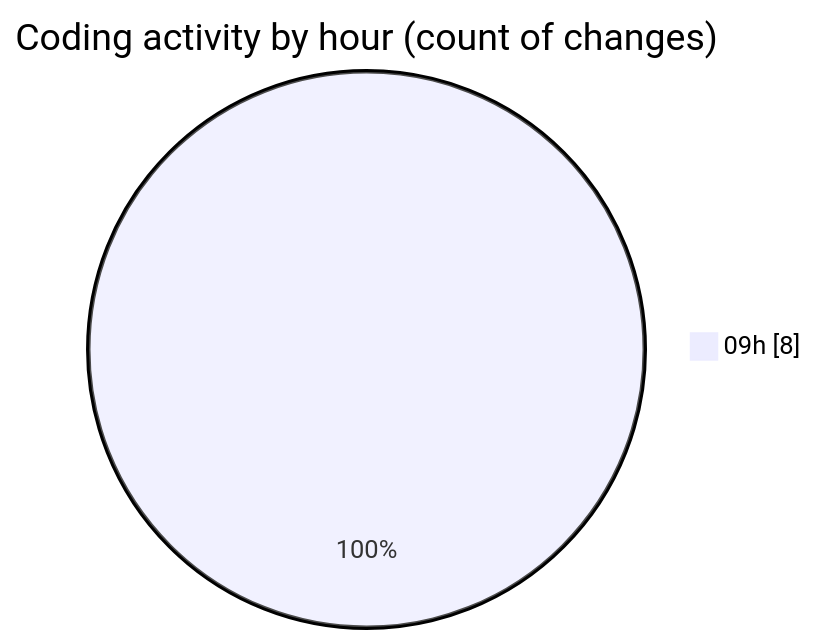
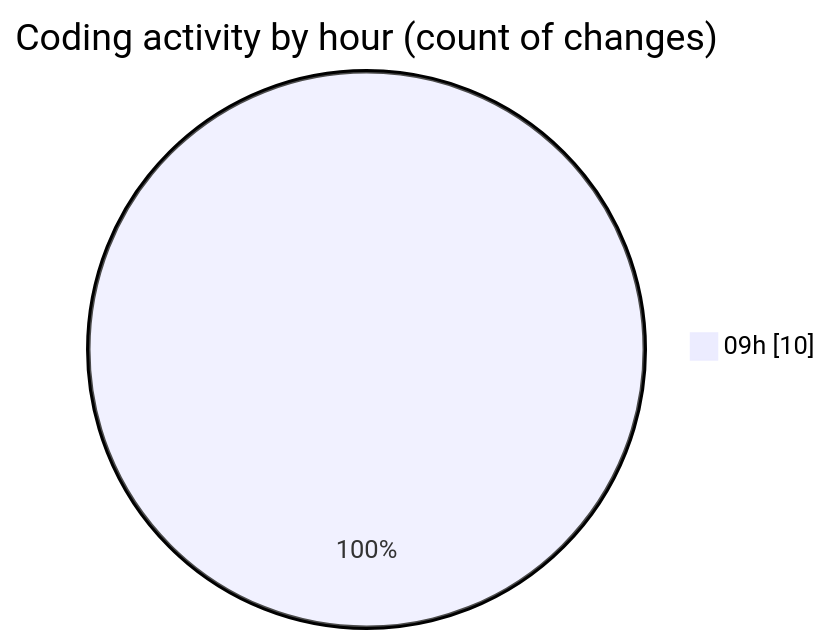
The second of 2 diagrams in 2025-05-19/cda/README.md (momahboobian/code-tracking), drawn with Mermaid before and after one commit. The commit also changed other lines of this file and 1 other file, not shown here.

````diff
--- a/2025-05-19/cda/README.md
+++ b/2025-05-19/cda/README.md
@@ -30,5 +32,5 @@
 ```mermaid
 pie showData
 title Coding activity by hour (count of changes)
-"09h" : 8
+"09h" : 10
 ```
````
